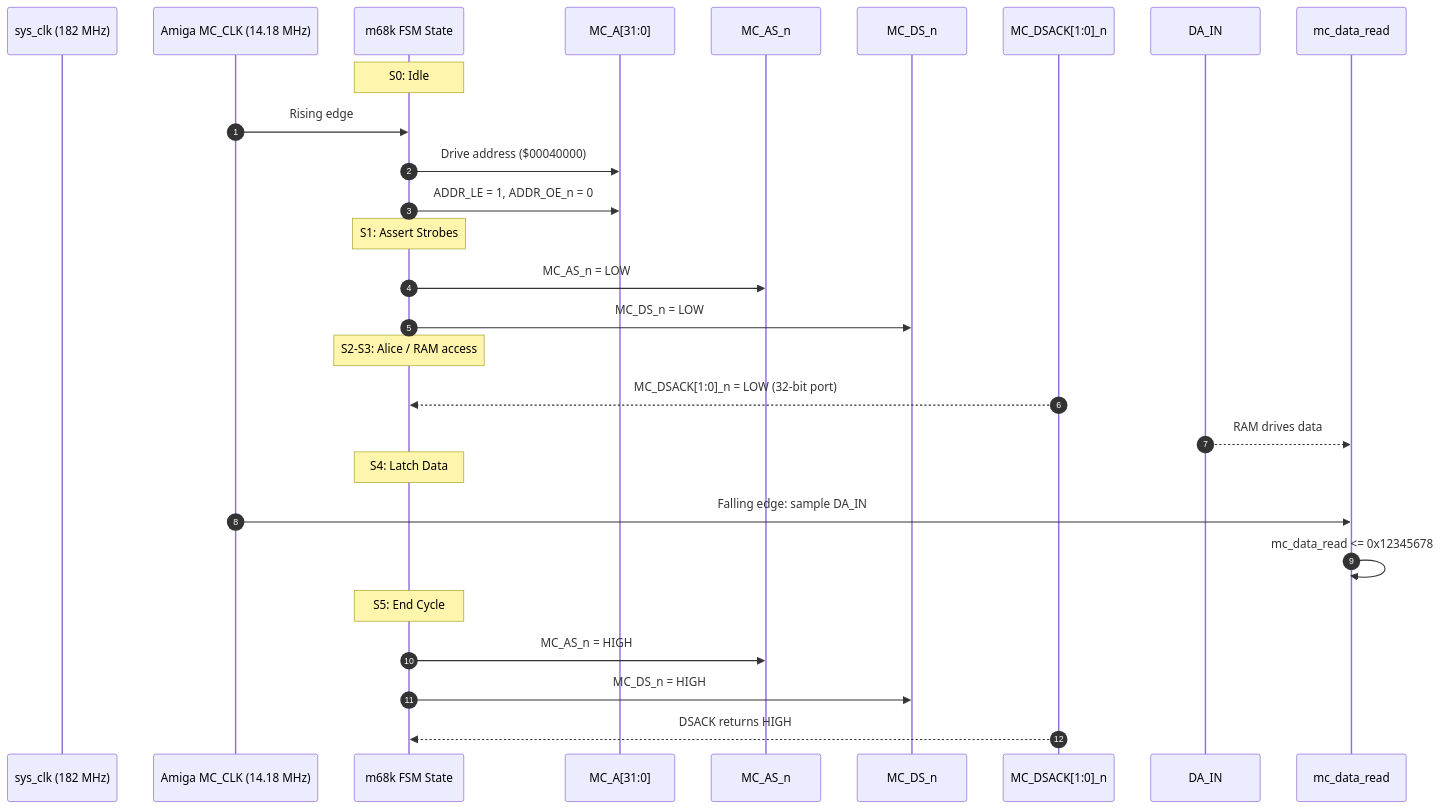
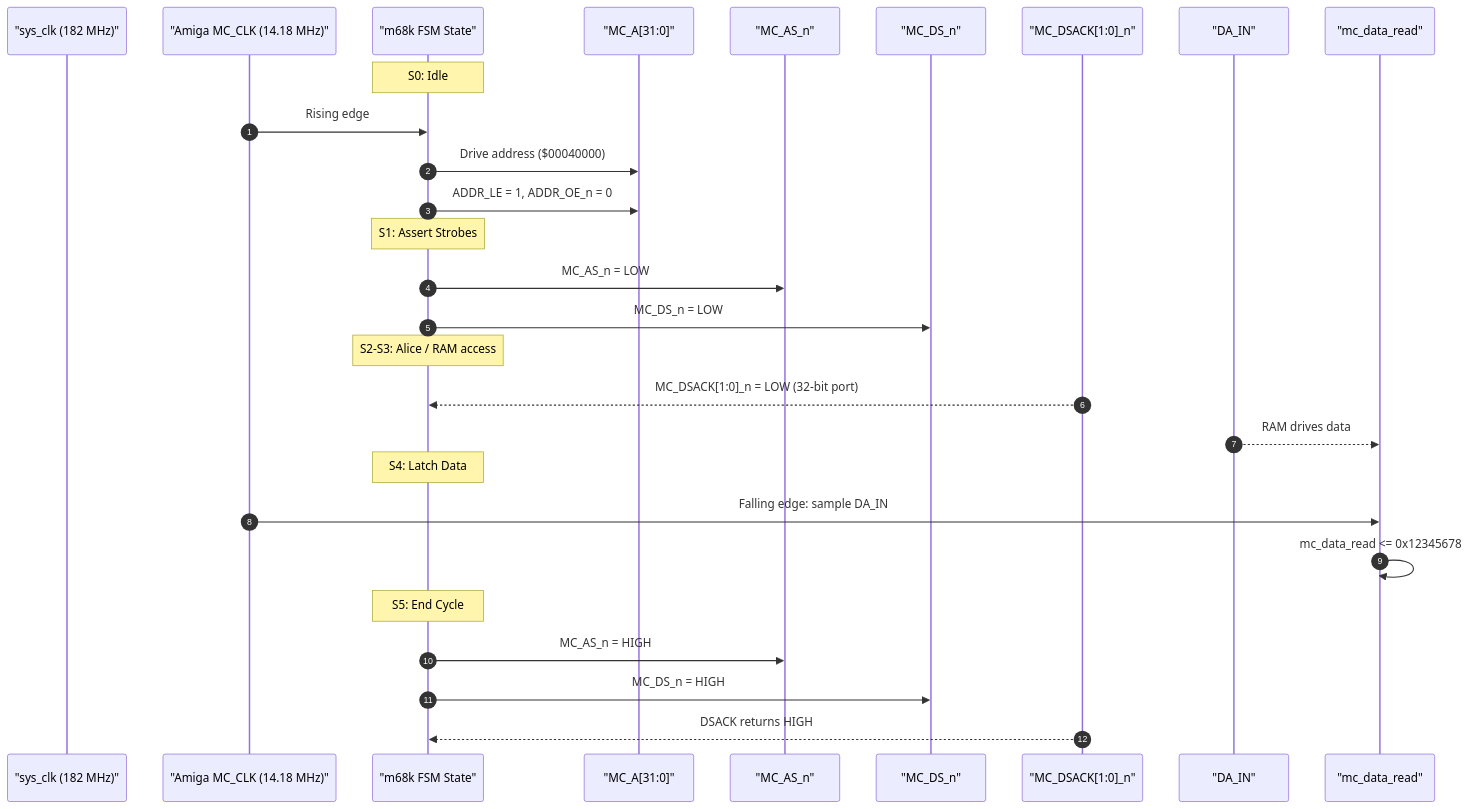
Before and after one commit to PiStorm/pistorm32-lite-gateware: the second of 5 diagrams in DOCS/VERIFICATION_GUIDE.md, drawn with Mermaid. The commit also changed other lines of this file and 1 other file, not shown here.

Commit message:
docs: fix Mermaid syntax errors (quote aliases, remove semicolons and raw arrows in notes)

````diff
--- a/DOCS/VERIFICATION_GUIDE.md
+++ b/DOCS/VERIFICATION_GUIDE.md
@@ -74,35 +74,35 @@
 ```mermaid
 sequenceDiagram
     autonumber
-    participant SYS as sys_clk (182 MHz)
-    participant CLK as Amiga MC_CLK (14.18 MHz)
-    participant FSM as m68k FSM State
-    participant ADDR as MC_A[31:0]
-    participant AS as MC_AS_n
-    participant DS as MC_DS_n
-    participant DSACK as MC_DSACK[1:0]_n
-    participant DATA as DA_IN
-    participant LATCH as mc_data_read
+    participant SYS as "sys_clk (182 MHz)"
+    participant CLK as "Amiga MC_CLK (14.18 MHz)"
+    participant FSM as "m68k FSM State"
+    participant ADDR as "MC_A[31:0]"
+    participant AS as "MC_AS_n"
+    participant DS as "MC_DS_n"
+    participant DSACK as "MC_DSACK[1:0]_n"
+    participant DATA as "DA_IN"
+    participant LATCH as "mc_data_read"
 
     Note over FSM: S0: Idle
     CLK->>FSM: Rising edge
     FSM->>ADDR: Drive address ($00040000)
     FSM->>ADDR: ADDR_LE = 1, ADDR_OE_n = 0
     
     Note over FSM: S1: Assert Strobes
     FSM->>AS: MC_AS_n = LOW
     FSM->>DS: MC_DS_n = LOW
     
     Note over FSM: S2-S3: Alice / RAM access
     DSACK-->>FSM: MC_DSACK[1:0]_n = LOW (32-bit port)
     DATA-->>LATCH: RAM drives data
     
     Note over FSM: S4: Latch Data
     CLK->>LATCH: Falling edge: sample DA_IN
     LATCH->>LATCH: mc_data_read <= 0x12345678
     
     Note over FSM: S5: End Cycle
     FSM->>AS: MC_AS_n = HIGH
     FSM->>DS: MC_DS_n = HIGH
     DSACK-->>FSM: DSACK returns HIGH
 ```
````
